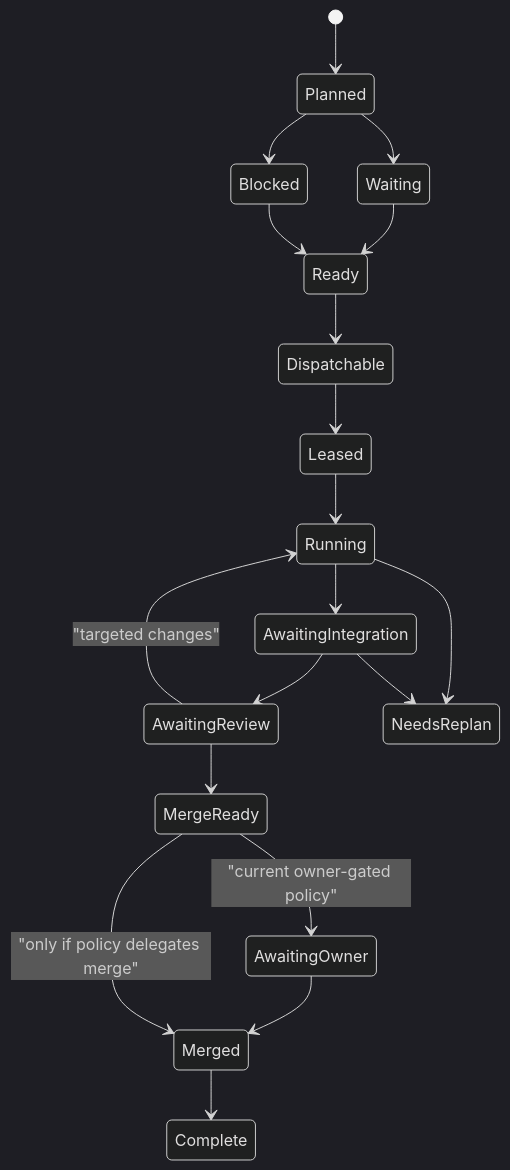
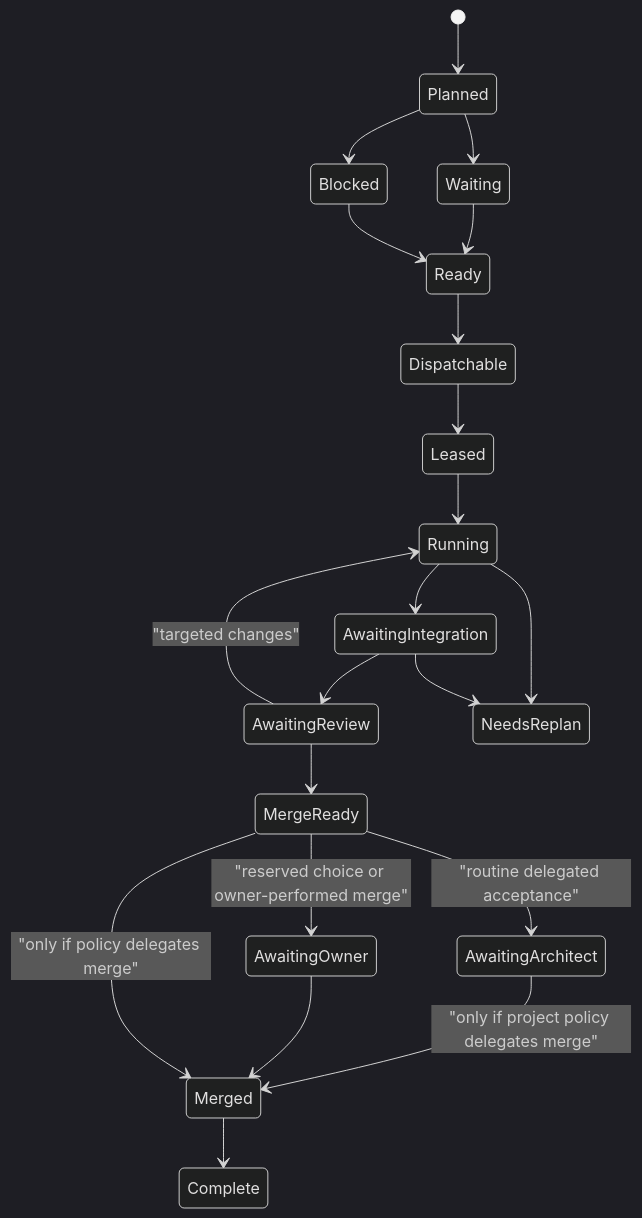
The third of 3 diagrams in docs/planning/agent-workforce-control-plane.md (jmiedreich-ux/Maestro), drawn with Mermaid (dark theme) before and after one commit. The commit also changed other lines of this file and 17 other files, not shown here.

````diff
--- a/docs/planning/agent-workforce-control-plane.md
+++ b/docs/planning/agent-workforce-control-plane.md
@@ -238,21 +239,23 @@
 ```mermaid
 stateDiagram-v2
     [*] --> Planned
     Planned --> Waiting
     Planned --> Blocked
     Waiting --> Ready
     Blocked --> Ready
     Ready --> Dispatchable
     Dispatchable --> Leased
     Leased --> Running
     Running --> AwaitingIntegration
     AwaitingIntegration --> AwaitingReview
     AwaitingReview --> MergeReady
-    MergeReady --> AwaitingOwner: "current owner-gated policy"
+    MergeReady --> AwaitingArchitect: "routine delegated acceptance"
+    MergeReady --> AwaitingOwner: "reserved choice or owner-performed merge"
+    AwaitingArchitect --> Merged: "only if project policy delegates merge"
     AwaitingOwner --> Merged
     MergeReady --> Merged: "only if policy delegates merge"
     Merged --> Complete
     Running --> NeedsReplan
     AwaitingIntegration --> NeedsReplan
     AwaitingReview --> Running: "targeted changes"
 ```
````
